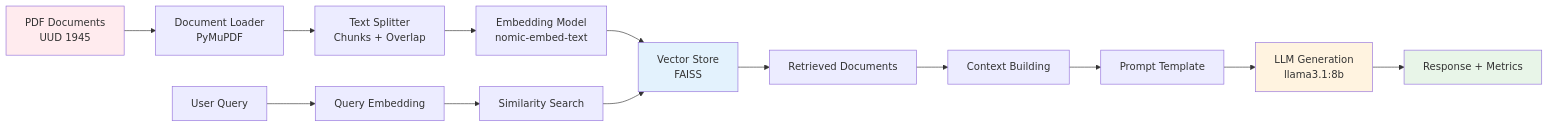
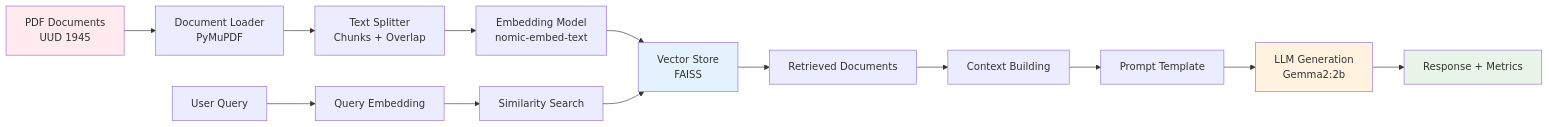
One commit to Hidayattt24/be-lawchain changed the second of 2 diagrams in README.md. Above: the diagram before and after it, drawn with Mermaid. The commit also changed other lines of this file and 15 other files, not shown here.

````diff
--- a/README.md
+++ b/README.md
@@ -299,21 +317,21 @@
 ```mermaid
 graph LR
     A[PDF Documents<br/>UUD 1945] --> B[Document Loader<br/>PyMuPDF]
     B --> C[Text Splitter<br/>Chunks + Overlap]
     C --> D[Embedding Model<br/>nomic-embed-text]
     D --> E[Vector Store<br/>FAISS]
 
     F[User Query] --> G[Query Embedding]
     G --> H[Similarity Search]
     H --> E
     E --> I[Retrieved Documents]
     I --> J[Context Building]
     J --> K[Prompt Template]
-    K --> L[LLM Generation<br/>llama3.1:8b]
+    K --> L[LLM Generation<br/>Gemma2:2b]
     L --> M[Response + Metrics]
 
     style A fill:#ffebee
     style E fill:#e3f2fd
     style L fill:#fff3e0
     style M fill:#e8f5e8
 ```
````
